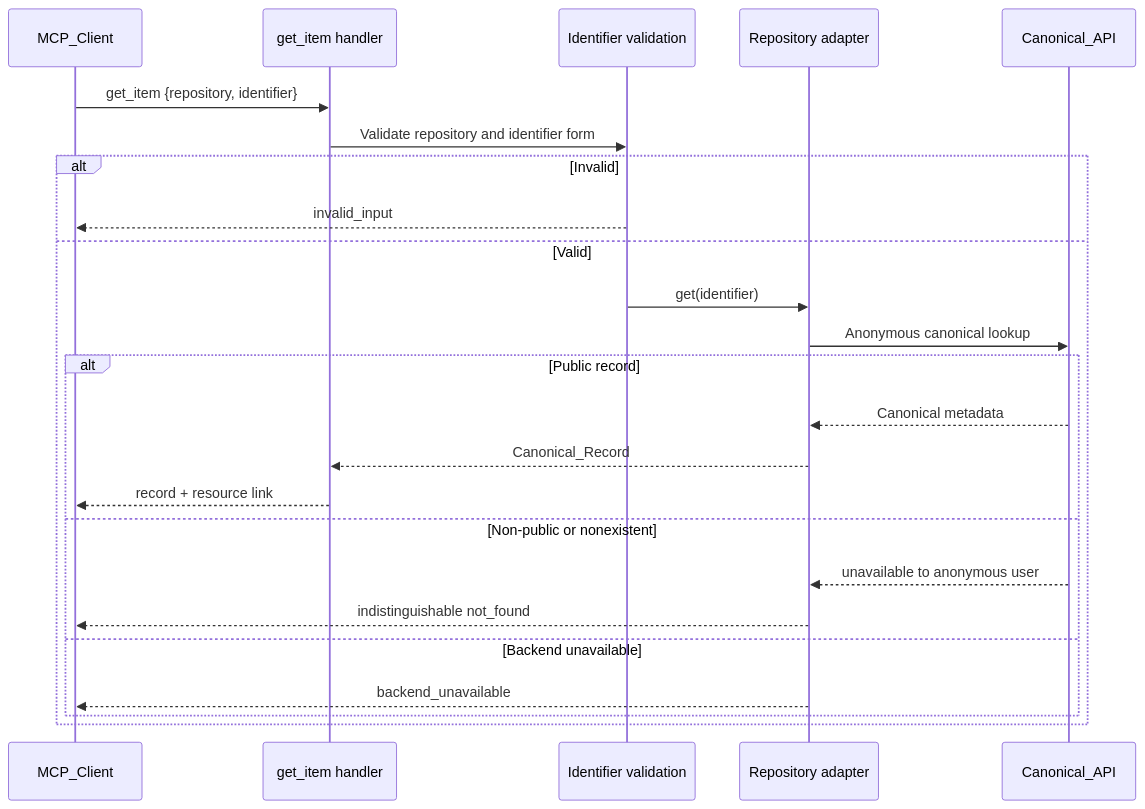
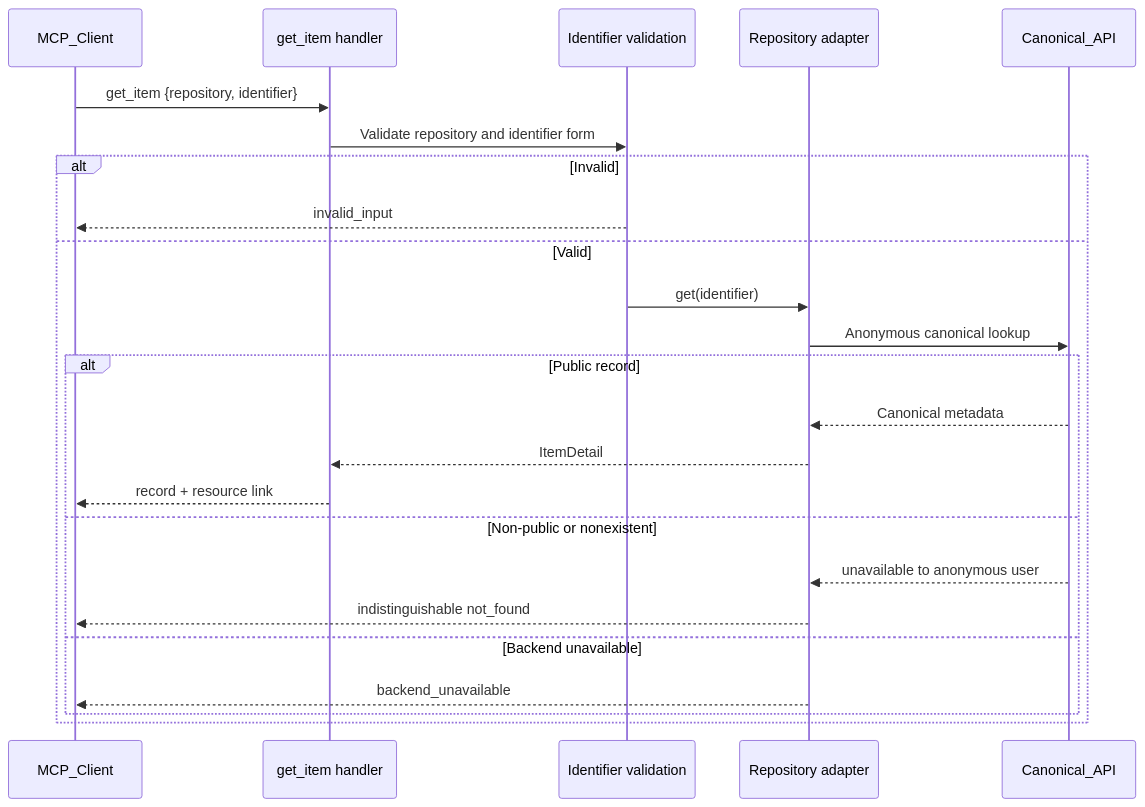
The third of 3 diagrams in .kiro/specs/jscholarship-jhrdr-mcp/design.md (jhu-library-devops/jh-repositories-mcp), drawn with Mermaid before and after one commit. The commit also changed other lines of this file and 2 other files, not shown here.

```diff
--- a/.kiro/specs/jscholarship-jhrdr-mcp/design.md
+++ b/.kiro/specs/jscholarship-jhrdr-mcp/design.md
@@ -188,27 +188,27 @@
 ~~~mermaid
 sequenceDiagram
     participant C as MCP_Client
     participant H as get_item handler
     participant V as Identifier validation
     participant A as Repository adapter
     participant API as Canonical_API
 
     C->>H: get_item {repository, identifier}
     H->>V: Validate repository and identifier form
     alt Invalid
         V-->>C: invalid_input
     else Valid
         V->>A: get(identifier)
         A->>API: Anonymous canonical lookup
         alt Public record
             API-->>A: Canonical metadata
-            A-->>H: Canonical_Record
+            A-->>H: ItemDetail
             H-->>C: record + resource link
         else Non-public or nonexistent
             API-->>A: unavailable to anonymous user
             A-->>C: indistinguishable not_found
         else Backend unavailable
             A-->>C: backend_unavailable
         end
     end
 ~~~
```
